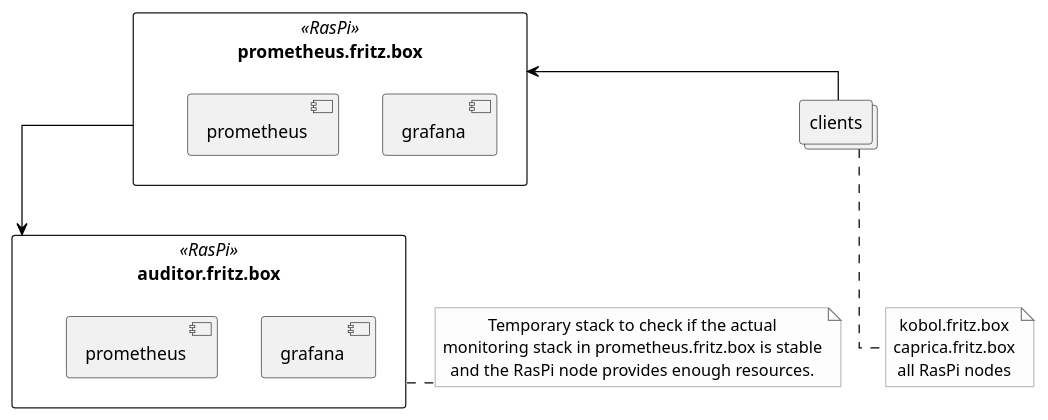
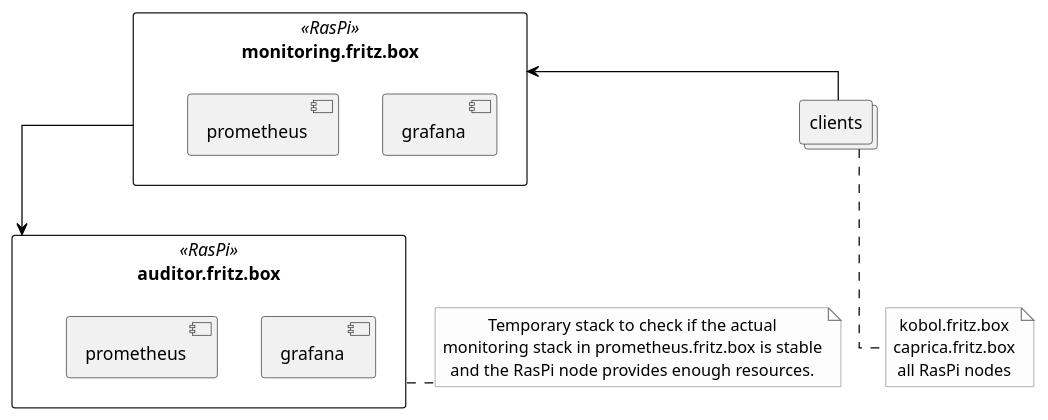
One commit to sommerfeld-io-archive/configs changed the diagram in docs/modules/ROOT/assets/images/bash-docs/services-cli-monitoring.puml. Above: the diagram before and after it, drawn with PlantUML. The commit also changed 10 other files, not shown here.

Commit message:
start / stop monitoring stack on localhost

```diff
--- a/docs/modules/ROOT/assets/images/bash-docs/services-cli-monitoring.puml
+++ b/docs/modules/ROOT/assets/images/bash-docs/services-cli-monitoring.puml
@@ -1,32 +1,32 @@
 @startuml monitoring
 
 skinparam linetype ortho
 skinparam monochrome false
 skinparam componentStyle uml2
 skinparam backgroundColor #fff
 skinparam ArrowColor black
 skinparam NoteBorderColor Grey
 skinparam NoteBackgroundColor #fdfdfd
 skinparam defaultTextAlignment center
 skinparam activity {
 FontName Ubuntu
 }
 
-rectangle node_prometheus as "prometheus.fritz.box" <<RasPi>> {
+rectangle monitoring as "monitoring.fritz.box" <<RasPi>> {
   component grafana
   component prometheus
 }
 
-rectangle node_auditor as "auditor.fritz.box" <<RasPi>> {
+rectangle auditor as "auditor.fritz.box" <<RasPi>> {
   component tmp_grafana as "grafana"
   component tmp_prometheus as "prometheus"
 }
-note right of node_auditor: Temporary stack to check if the actual\nmonitoring stack in prometheus.fritz.box is stable\nand the RasPi node provides enough resources.
+note right of auditor: Temporary stack to check if the actual\nmonitoring stack in prometheus.fritz.box is stable\nand the RasPi node provides enough resources.
 
 collections clients
 note bottom of clients: kobol.fritz.box\ncaprica.fritz.box\nall RasPi nodes
 
-clients -left-> node_prometheus
-node_prometheus -down-> node_auditor
+clients -left-> monitoring
+monitoring -down-> auditor
 
 @enduml
```
